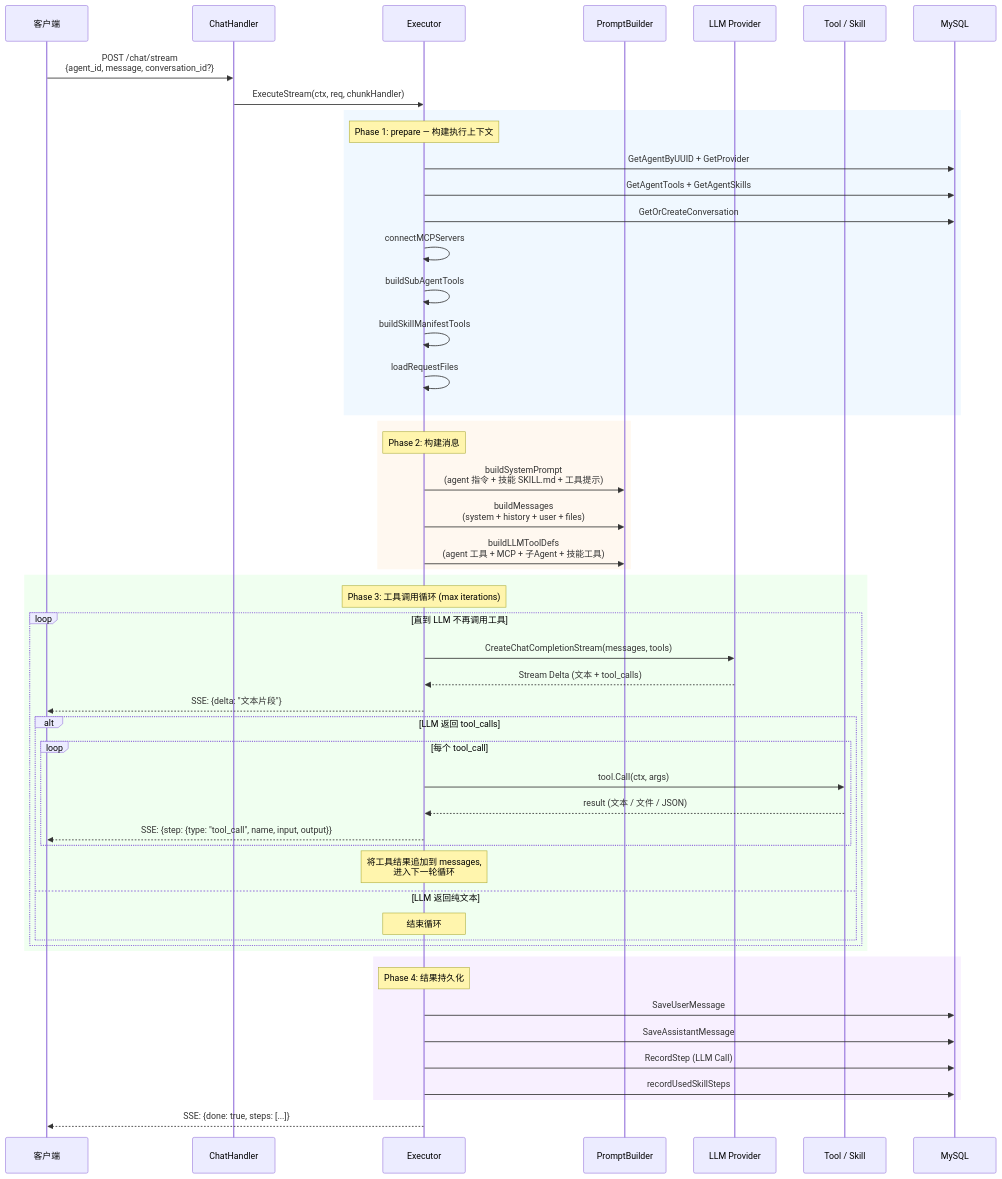
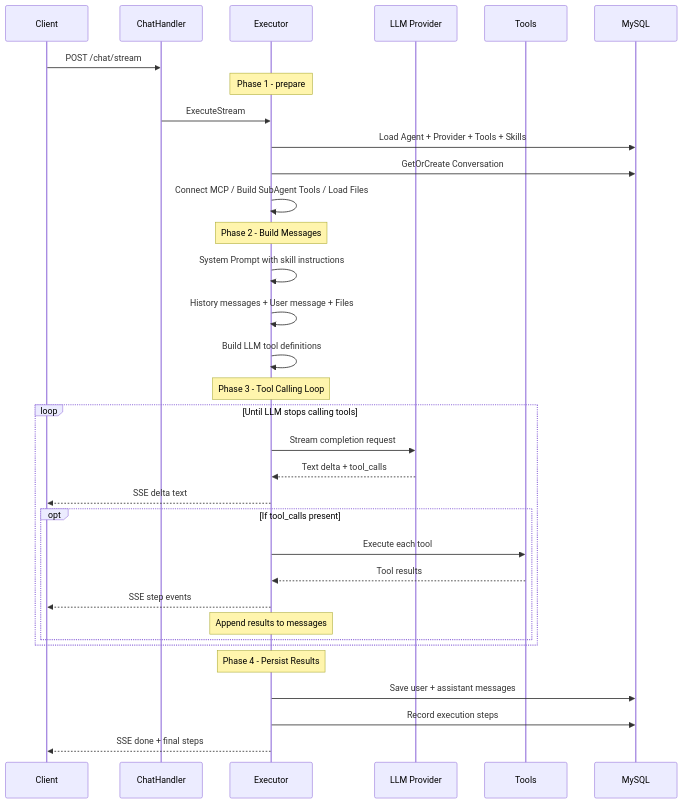
Before and after one commit to chowyu12/go-ai-agent: the second of 2 diagrams in README.md, drawn with Mermaid. The commit also changed other lines of this file, not shown here.

First line of the commit message:
Refactor system architecture and agent execution flow diagrams in README.md

````diff
--- a/README.md
+++ b/README.md
@@ -208,61 +214,40 @@
 ```mermaid
 sequenceDiagram
-    participant C as 客户端
+    participant C as Client
     participant H as ChatHandler
     participant E as Executor
-    participant P as PromptBuilder
     participant LLM as LLM Provider
-    participant T as Tool / Skill
+    participant T as Tools
     participant DB as MySQL
 
-    C->>H: POST /chat/stream<br/>{agent_id, message, conversation_id?}
-    H->>E: ExecuteStream(ctx, req, chunkHandler)
+    C->>H: POST /chat/stream
 
-    rect rgb(240, 248, 255)
-        Note over E: Phase 1: prepare — 构建执行上下文
-        E->>DB: GetAgentByUUID + GetProvider
-        E->>DB: GetAgentTools + GetAgentSkills
-        E->>DB: GetOrCreateConversation
-        E->>E: connectMCPServers
-        E->>E: buildSubAgentTools
-        E->>E: buildSkillManifestTools
-        E->>E: loadRequestFiles
-    end
+    Note over E: Phase 1 - prepare
+    H->>E: ExecuteStream
+    E->>DB: Load Agent + Provider + Tools + Skills
+    E->>DB: GetOrCreate Conversation
+    E->>E: Connect MCP / Build SubAgent Tools / Load Files
 
-    rect rgb(255, 248, 240)
-        Note over E: Phase 2: 构建消息
-        E->>P: buildSystemPrompt<br/>(agent 指令 + 技能 SKILL.md + 工具提示)
-        E->>P: buildMessages<br/>(system + history + user + files)
-        E->>P: buildLLMToolDefs<br/>(agent 工具 + MCP + 子Agent + 技能工具)
-    end
+    Note over E: Phase 2 - Build Messages
+    E->>E: System Prompt with skill instructions
+    E->>E: History messages + User message + Files
+    E->>E: Build LLM tool definitions
 
-    rect rgb(240, 255, 240)
-        Note over E: Phase 3: 工具调用循环 (max iterations)
-        loop 直到 LLM 不再调用工具
-            E->>LLM: CreateChatCompletionStream(messages, tools)
-            LLM-->>E: Stream Delta (文本 + tool_calls)
-            E-->>C: SSE: {delta: "文本片段"}
-
-            alt LLM 返回 tool_calls
-                loop 每个 tool_call
-                    E->>T: tool.Call(ctx, args)
-                    T-->>E: result (文本 / 文件 / JSON)
-                    E-->>C: SSE: {step: {type: "tool_call", name, input, output}}
-                end
-                Note over E: 将工具结果追加到 messages,<br/>进入下一轮循环
-            else LLM 返回纯文本
-                Note over E: 结束循环
-            end
+    Note over E: Phase 3 - Tool Calling Loop
+    loop Until LLM stops calling tools
+        E->>LLM: Stream completion request
+        LLM-->>E: Text delta + tool_calls
+        E-->>C: SSE delta text
+        opt If tool_calls present
+            E->>T: Execute each tool
+            T-->>E: Tool results
+            E-->>C: SSE step events
+            Note over E: Append results to messages
         end
     end
 
-    rect rgb(248, 240, 255)
-        Note over E: Phase 4: 结果持久化
-        E->>DB: SaveUserMessage
-        E->>DB: SaveAssistantMessage
-        E->>DB: RecordStep (LLM Call)
-        E->>DB: recordUsedSkillSteps
-    end
-
-    E-->>C: SSE: {done: true, steps: [...]}
+    Note over E: Phase 4 - Persist Results
+    E->>DB: Save user + assistant messages
+    E->>DB: Record execution steps
+    E-->>C: SSE done + final steps
 ```
````
